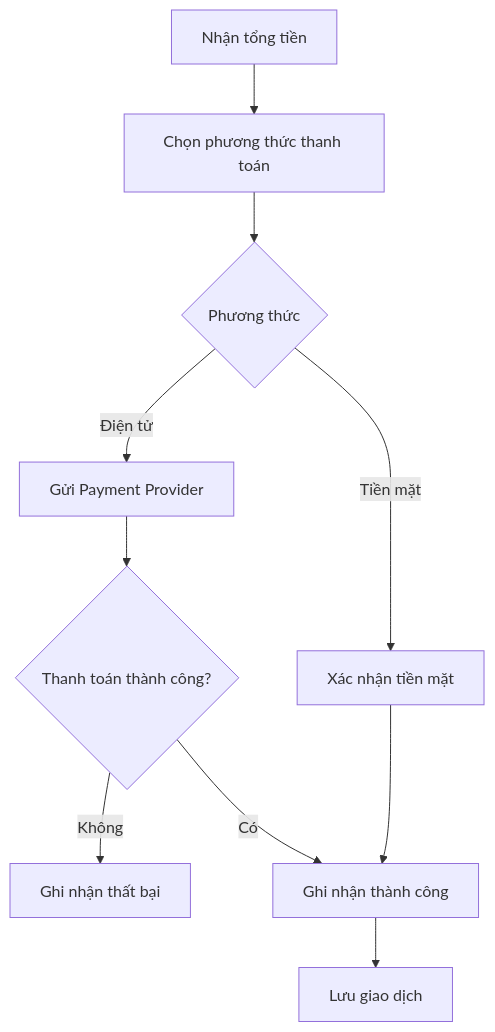
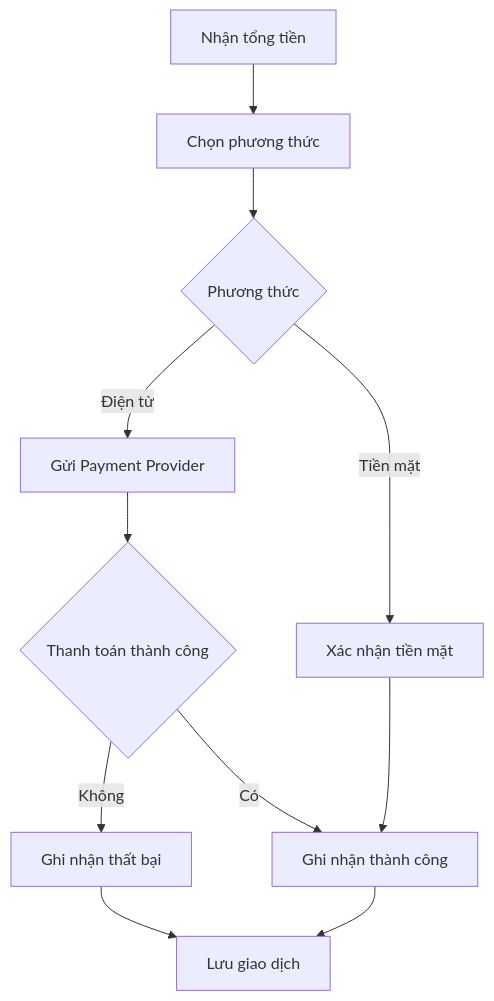
One commit to Phamha0601/23680571_PhamThiThuHa_CabSystem changed diagram 16 of 29 in Microservice_Design.md. Above: the diagram before and after it, drawn with Mermaid. The commit also changed other lines of this file, not shown here.

````diff
--- a/Microservice_Design.md
+++ b/Microservice_Design.md
@@ -1041,12 +1033,13 @@
 ```mermaid
 flowchart TD
-    A[Nhận tổng tiền] --> B[Chọn phương thức thanh toán]
+    A[Nhận tổng tiền] --> B[Chọn phương thức]
     B --> C{Phương thức}
     C -->|Tiền mặt| D[Xác nhận tiền mặt]
     C -->|Điện tử| E[Gửi Payment Provider]
-    E --> F{Thanh toán thành công?}
+    E --> F{Thanh toán thành công}
     F -->|Không| G[Ghi nhận thất bại]
     F -->|Có| H[Ghi nhận thành công]
     D --> H
-    H --> I[Lưu giao dịch]
+    G --> I[Lưu giao dịch]
+    H --> I
 ```
````
